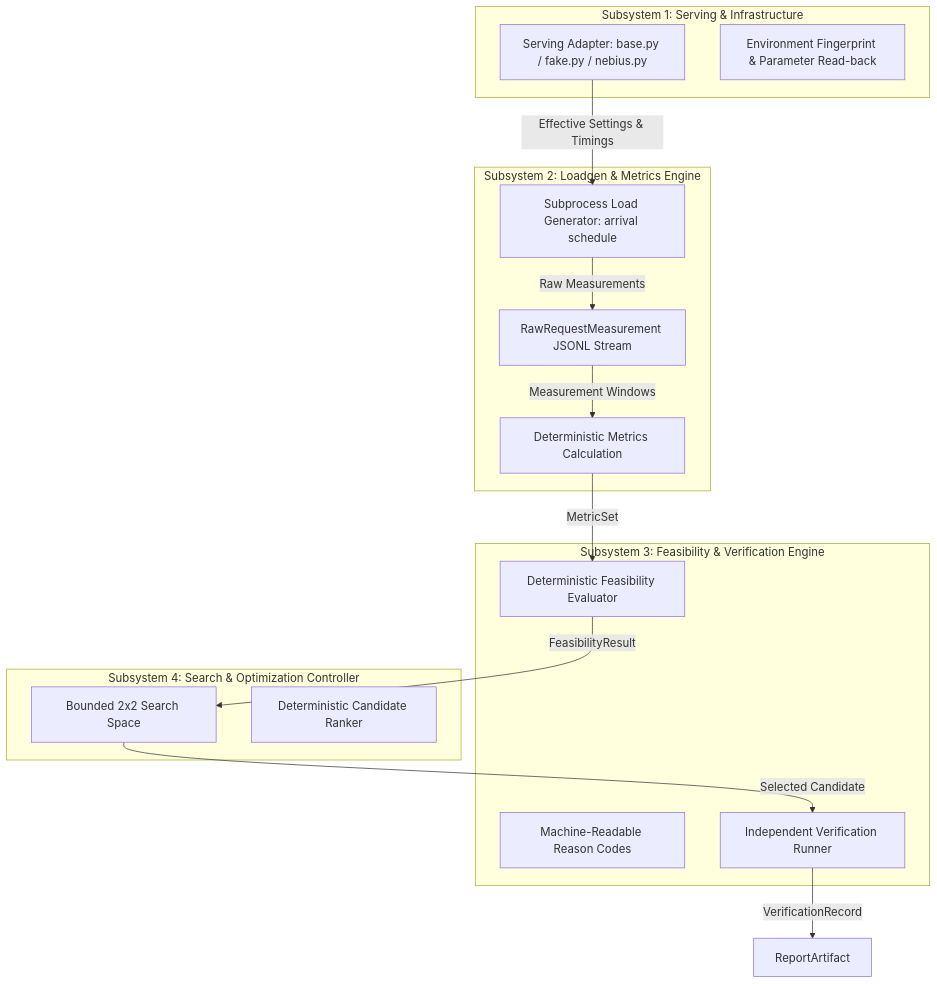
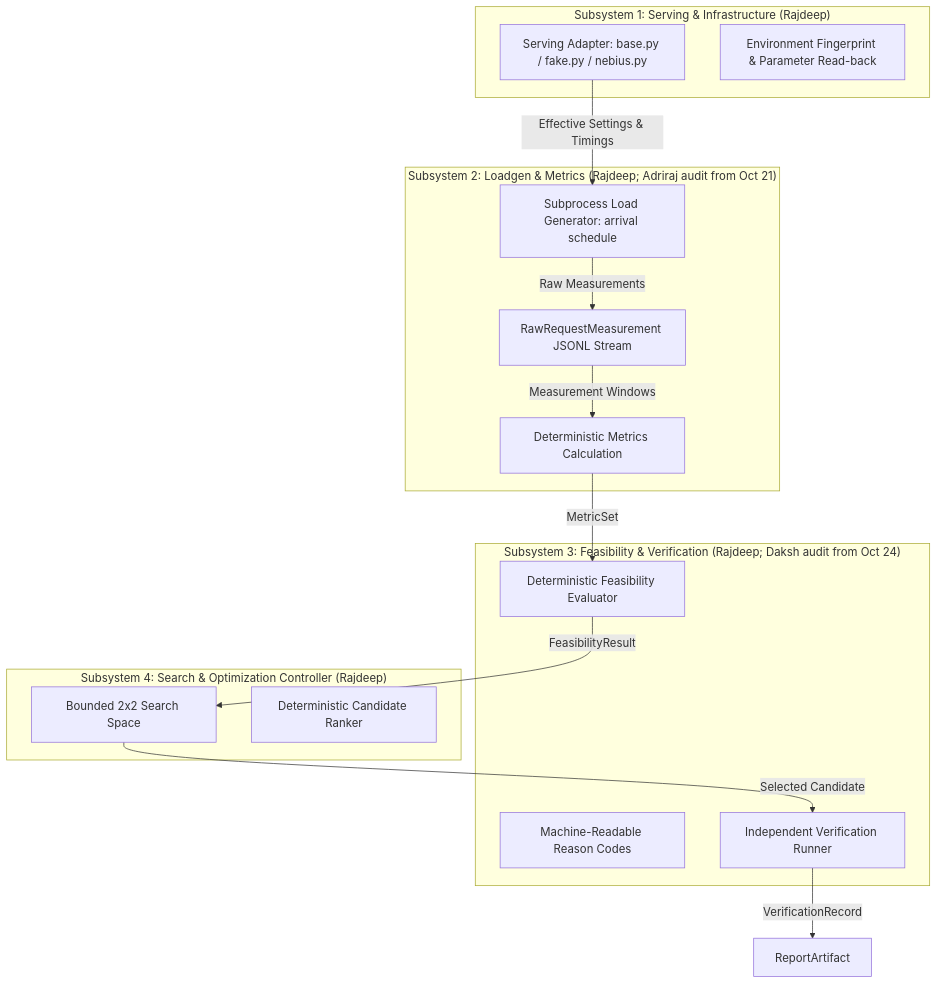
Before and after one commit to Daksh08122008/slokern: the first of 3 diagrams in ROADMAP.md, drawn with Mermaid. The commit also changed other lines of this file and 11 other files, not shown here.

````diff
--- a/ROADMAP.md
+++ b/ROADMAP.md
@@ -120,32 +119,32 @@
 ```mermaid
 flowchart TD
-    subgraph ServingBoundary["Subsystem 1: Serving & Infrastructure"]
+    subgraph ServingBoundary["Subsystem 1: Serving & Infrastructure (Rajdeep)"]
         SA[Serving Adapter: base.py / fake.py / nebius.py]
         EF[Environment Fingerprint & Parameter Read-back]
     end
 
-    subgraph LoadgenBoundary["Subsystem 2: Loadgen & Metrics Engine"]
+    subgraph LoadgenBoundary["Subsystem 2: Loadgen & Metrics (Rajdeep; Adriraj audit from Oct 21)"]
         LG[Subprocess Load Generator: arrival schedule]
         RM[RawRequestMeasurement JSONL Stream]
         ME[Deterministic Metrics Calculation]
     end
 
-    subgraph EvaluatorBoundary["Subsystem 3: Feasibility & Verification Engine"]
+    subgraph EvaluatorBoundary["Subsystem 3: Feasibility & Verification (Rajdeep; Daksh audit from Oct 24)"]
         FE[Deterministic Feasibility Evaluator]
         RC[Machine-Readable Reason Codes]
         VR[Independent Verification Runner]
     end
 
-    subgraph SearchBoundary["Subsystem 4: Search & Optimization Controller"]
+    subgraph SearchBoundary["Subsystem 4: Search & Optimization Controller (Rajdeep)"]
         SC[Bounded 2x2 Search Space]
         CR[Deterministic Candidate Ranker]
     end
 
     SA -->|Effective Settings & Timings| LG
     LG -->|Raw Measurements| RM
     RM -->|Measurement Windows| ME
     ME -->|MetricSet| FE
     FE -->|FeasibilityResult| SC
     SC -->|Selected Candidate| VR
     VR -->|VerificationRecord| Report[ReportArtifact]
 ```
````
